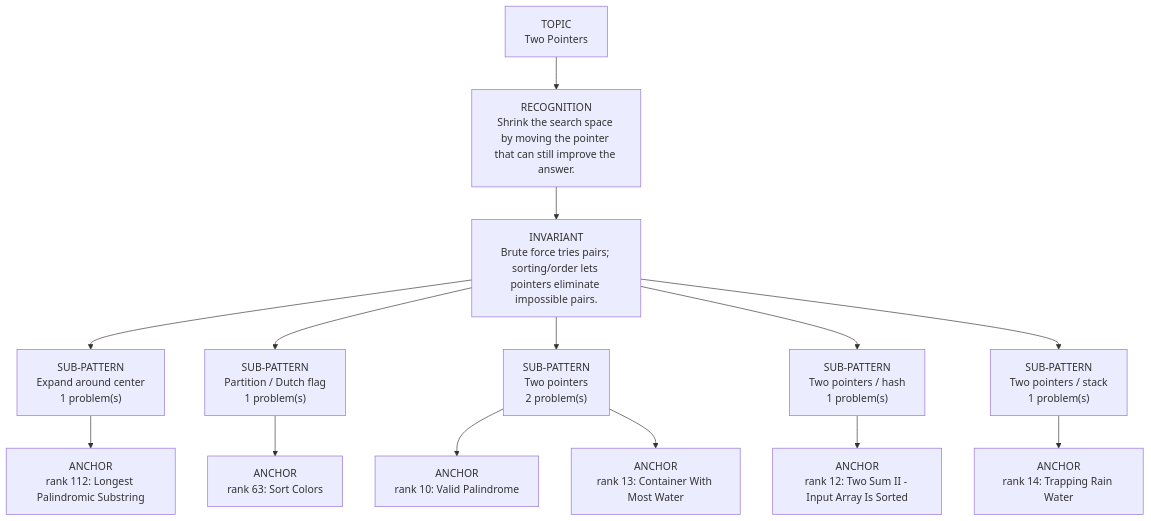
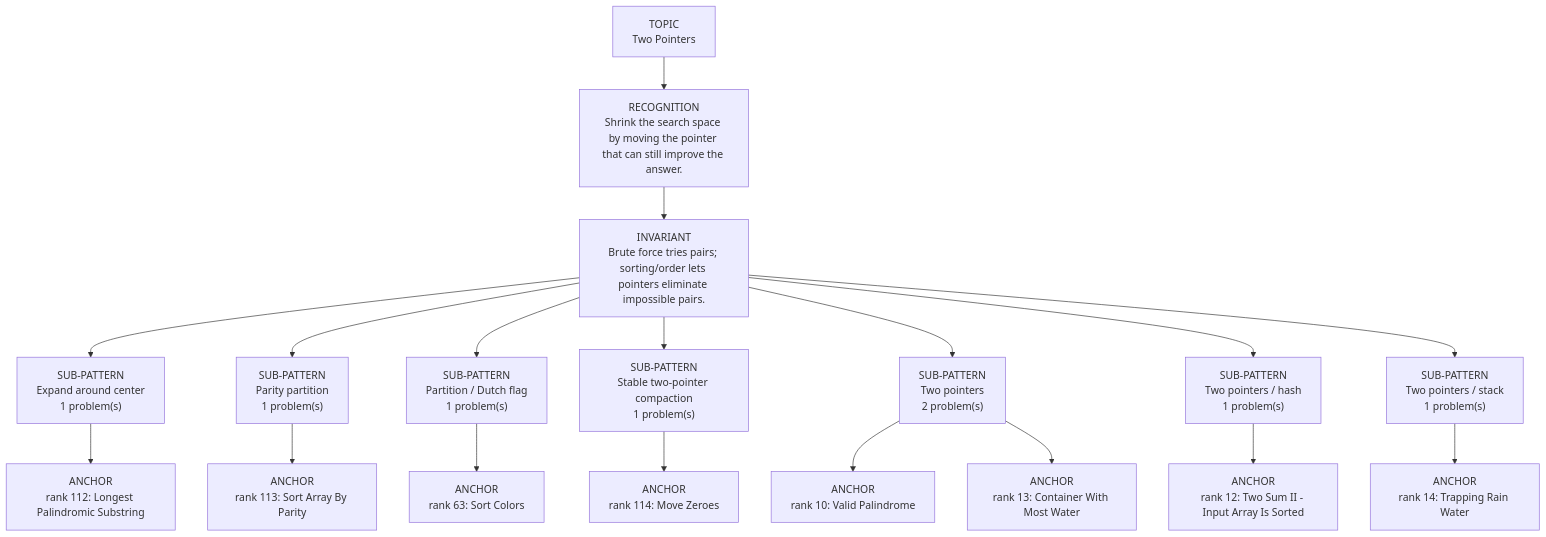
One commit to thechiranjeevjain/DSA10days changed the diagram in dsa-review/interview/patterns/06_two_pointers.md. Above: the diagram before and after it, drawn with Mermaid. The commit also changed other lines of this file and 30 other files, not shown here.

````diff
--- a/dsa-review/interview/patterns/06_two_pointers.md
+++ b/dsa-review/interview/patterns/06_two_pointers.md
@@ -15,18 +15,22 @@
 ```mermaid
 flowchart TD
   Topic["TOPIC<br/>Two Pointers"]
   Recognition["RECOGNITION<br/>Shrink the search space by moving the pointer that can still improve the answer."]
   Invariant["INVARIANT<br/>Brute force tries pairs; sorting/order lets pointers eliminate impossible pairs."]
   Topic --> Recognition --> Invariant
   Invariant --> Sub01["SUB-PATTERN<br/>Expand around center<br/>1 problem(s)"]
   Sub01 --> Sub01A01["ANCHOR<br/>rank 112: Longest Palindromic Substring"]
-  Invariant --> Sub02["SUB-PATTERN<br/>Partition / Dutch flag<br/>1 problem(s)"]
-  Sub02 --> Sub02A01["ANCHOR<br/>rank 63: Sort Colors"]
-  Invariant --> Sub03["SUB-PATTERN<br/>Two pointers<br/>2 problem(s)"]
-  Sub03 --> Sub03A01["ANCHOR<br/>rank 10: Valid Palindrome"]
-  Sub03 --> Sub03A02["ANCHOR<br/>rank 13: Container With Most Water"]
-  Invariant --> Sub04["SUB-PATTERN<br/>Two pointers / hash<br/>1 problem(s)"]
-  Sub04 --> Sub04A01["ANCHOR<br/>rank 12: Two Sum II - Input Array Is Sorted"]
-  Invariant --> Sub05["SUB-PATTERN<br/>Two pointers / stack<br/>1 problem(s)"]
-  Sub05 --> Sub05A01["ANCHOR<br/>rank 14: Trapping Rain Water"]
+  Invariant --> Sub02["SUB-PATTERN<br/>Parity partition<br/>1 problem(s)"]
+  Sub02 --> Sub02A01["ANCHOR<br/>rank 113: Sort Array By Parity"]
+  Invariant --> Sub03["SUB-PATTERN<br/>Partition / Dutch flag<br/>1 problem(s)"]
+  Sub03 --> Sub03A01["ANCHOR<br/>rank 63: Sort Colors"]
+  Invariant --> Sub04["SUB-PATTERN<br/>Stable two-pointer compaction<br/>1 problem(s)"]
+  Sub04 --> Sub04A01["ANCHOR<br/>rank 114: Move Zeroes"]
+  Invariant --> Sub05["SUB-PATTERN<br/>Two pointers<br/>2 problem(s)"]
+  Sub05 --> Sub05A01["ANCHOR<br/>rank 10: Valid Palindrome"]
+  Sub05 --> Sub05A02["ANCHOR<br/>rank 13: Container With Most Water"]
+  Invariant --> Sub06["SUB-PATTERN<br/>Two pointers / hash<br/>1 problem(s)"]
+  Sub06 --> Sub06A01["ANCHOR<br/>rank 12: Two Sum II - Input Array Is Sorted"]
+  Invariant --> Sub07["SUB-PATTERN<br/>Two pointers / stack<br/>1 problem(s)"]
+  Sub07 --> Sub07A01["ANCHOR<br/>rank 14: Trapping Rain Water"]
 ```
````
